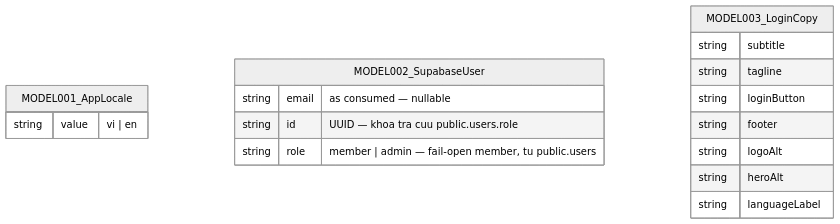
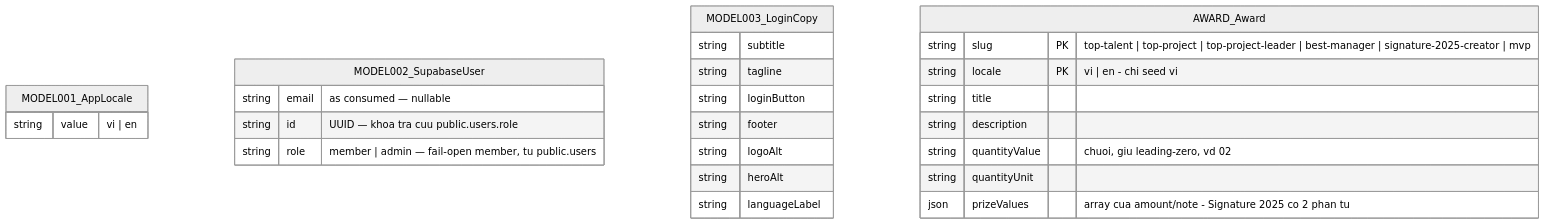
The diagram in docs/vi/generated/entities.md (thangdx-1076/agentic-coding-hands-on), drawn with Mermaid (neutral theme) before and after one commit. The commit also changed other lines of this file and 41 other files, not shown here.

````diff
--- a/docs/vi/generated/entities.md
+++ b/docs/vi/generated/entities.md
@@ -10,20 +10,29 @@
 ```mermaid
 erDiagram
     MODEL001_AppLocale {
         string value "vi | en"
     }
     MODEL002_SupabaseUser {
         string email "as consumed — nullable"
         string id "UUID — khoa tra cuu public.users.role"
         string role "member | admin — fail-open member, tu public.users"
     }
     MODEL003_LoginCopy {
         string subtitle
         string tagline
         string loginButton
         string footer
         string logoAlt
         string heroAlt
         string languageLabel
     }
+    AWARD_Award {
+        string slug PK "top-talent | top-project | top-project-leader | best-manager | signature-2025-creator | mvp"
+        string locale PK "vi | en - chi seed vi"
+        string title
+        string description
+        string quantityValue "chuoi, giu leading-zero, vd 02"
+        string quantityUnit
+        json prizeValues "array cua amount/note - Signature 2025 co 2 phan tu"
+    }
 ```
````
